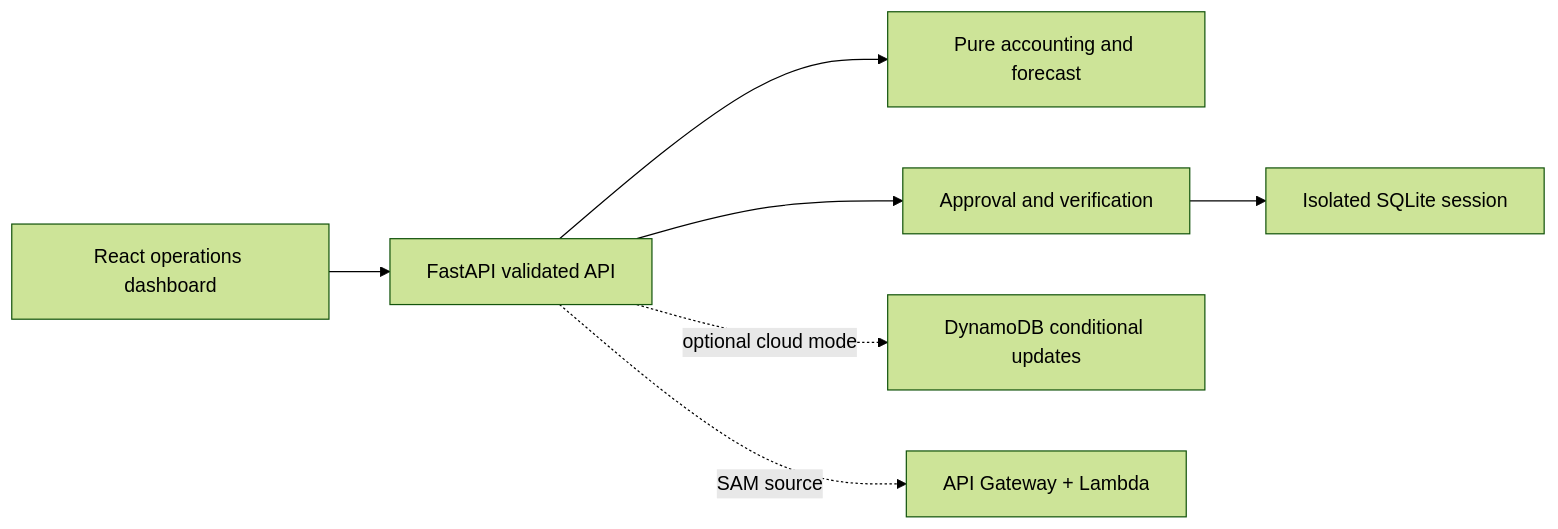
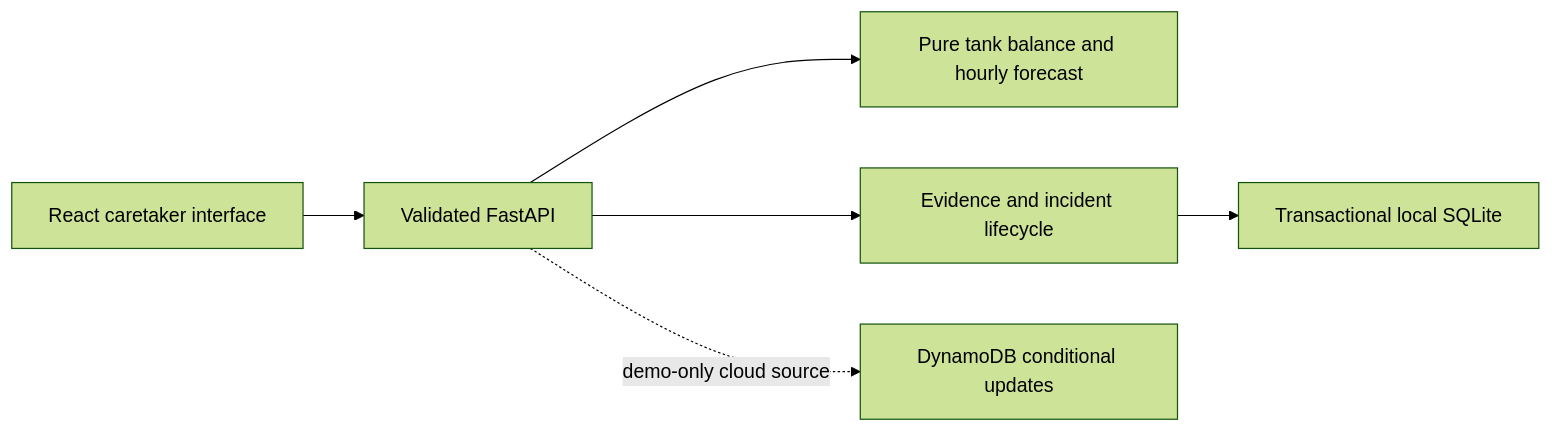
Before and after one commit to Pradhyut21/jalrakshak: the diagram in docs/ARCHITECTURE.md, drawn with Mermaid (forest theme). The commit also changed other lines of this file and 60 other files, not shown here.

````diff
--- a/docs/ARCHITECTURE.md
+++ b/docs/ARCHITECTURE.md
@@ -3,9 +3,8 @@
 ```mermaid
 flowchart LR
-    UI[React operations dashboard] --> API[FastAPI validated API]
-    API --> DOMAIN[Pure accounting and forecast]
-    API --> OPS[Approval and verification]
-    OPS --> STORE[Isolated SQLite session]
-    API -. optional cloud mode .-> DDB[DynamoDB conditional updates]
-    API -. SAM source .-> AWS[API Gateway + Lambda]
+  UI[React caretaker interface] --> API[Validated FastAPI]
+  API --> DOMAIN[Pure tank balance and hourly forecast]
+  API --> OPS[Evidence and incident lifecycle]
+  OPS --> STORE[Transactional local SQLite]
+  API -. demo-only cloud source .-> DDB[DynamoDB conditional updates]
 ```
````
